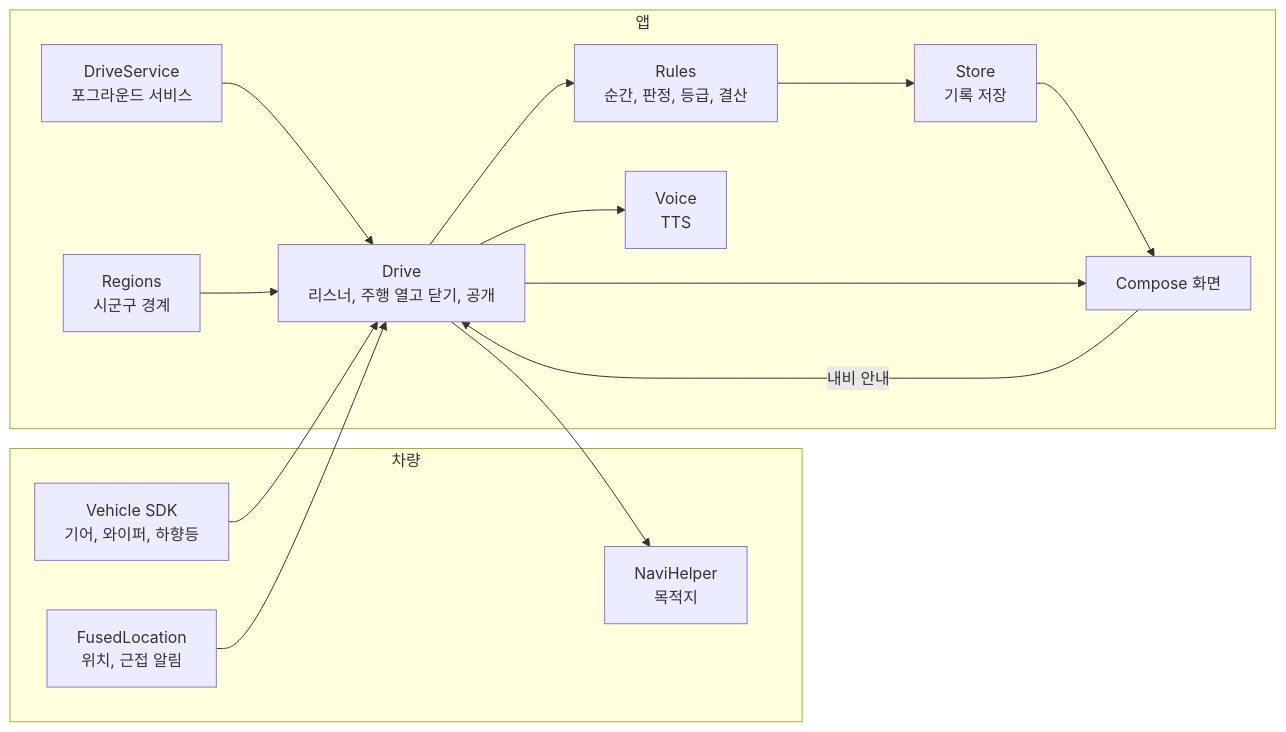
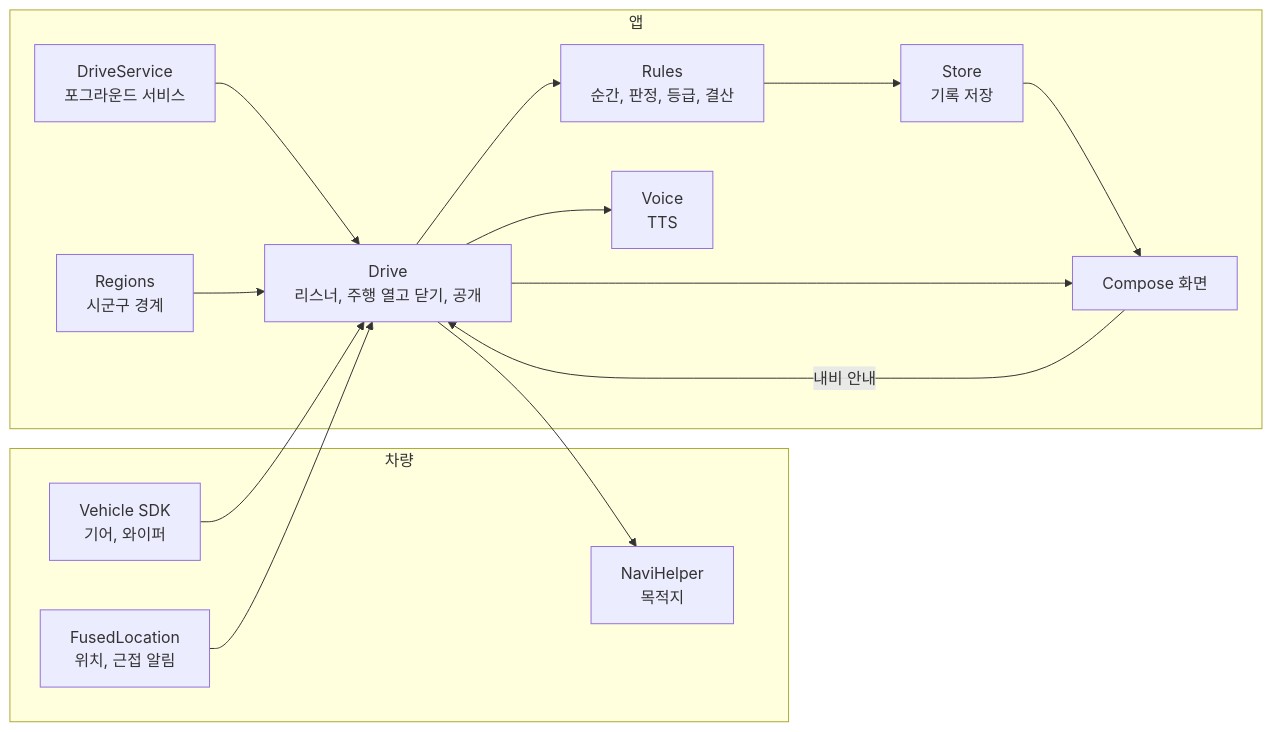
Before and after one commit to wjdtkdgns777/chagok: the diagram in README.md, drawn with Mermaid. The commit also changed other lines of this file, not shown here.

````diff
--- a/README.md
+++ b/README.md
@@ -308,27 +279,27 @@
 ```mermaid
 flowchart LR
     subgraph 차량
-        V[Vehicle SDK<br>기어, 와이퍼, 하향등]
+        V[Vehicle SDK<br>기어, 와이퍼]
         F[FusedLocation<br>위치, 근접 알림]
         N[NaviHelper<br>목적지]
     end
     subgraph 앱
         SV[DriveService<br>포그라운드 서비스]
         D[Drive<br>리스너, 주행 열고 닫기, 공개]
         R[Rules<br>순간, 판정, 등급, 결산]
         RG[Regions<br>시군구 경계]
         S[Store<br>기록 저장]
         VO[Voice<br>TTS]
         UI[Compose 화면]
     end
     SV --> D
     V --> D
     F --> D
     D --> R
     RG --> D
     R --> S
     D --> VO
     S --> UI
     D --> UI
     UI -- 내비 안내 --> D --> N
 ```
````
